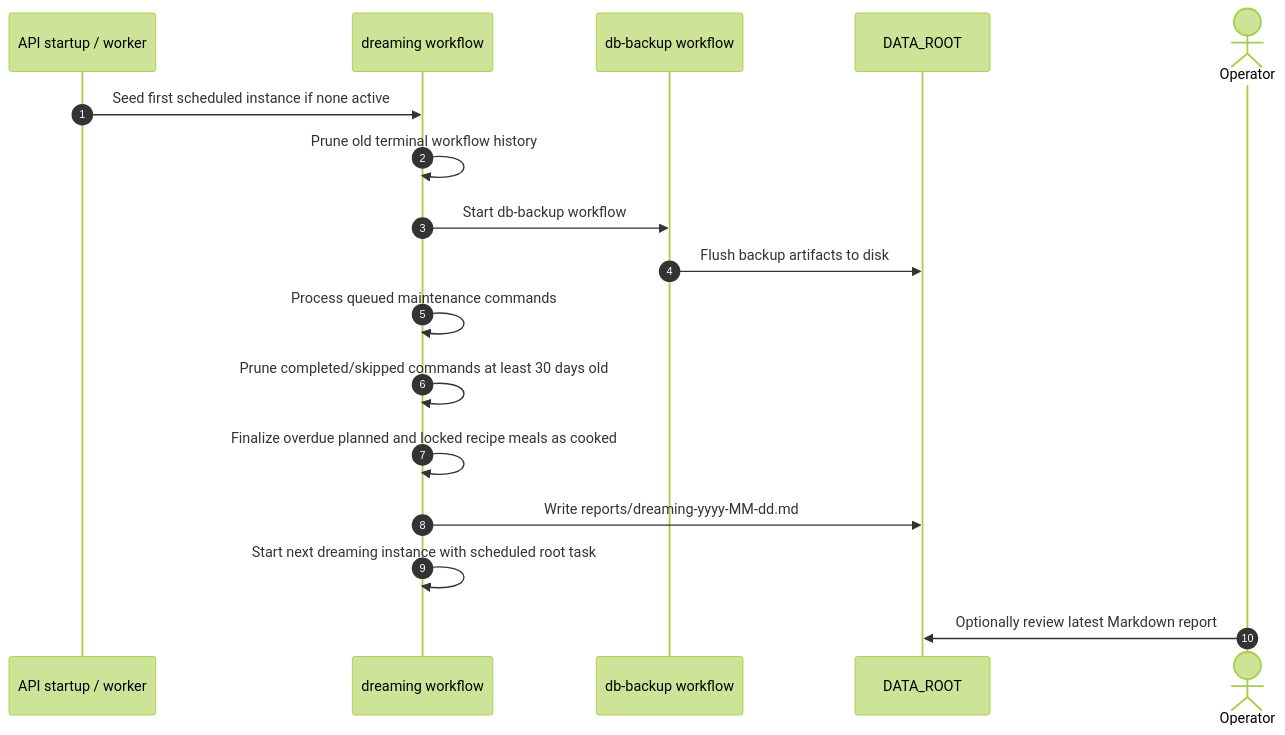
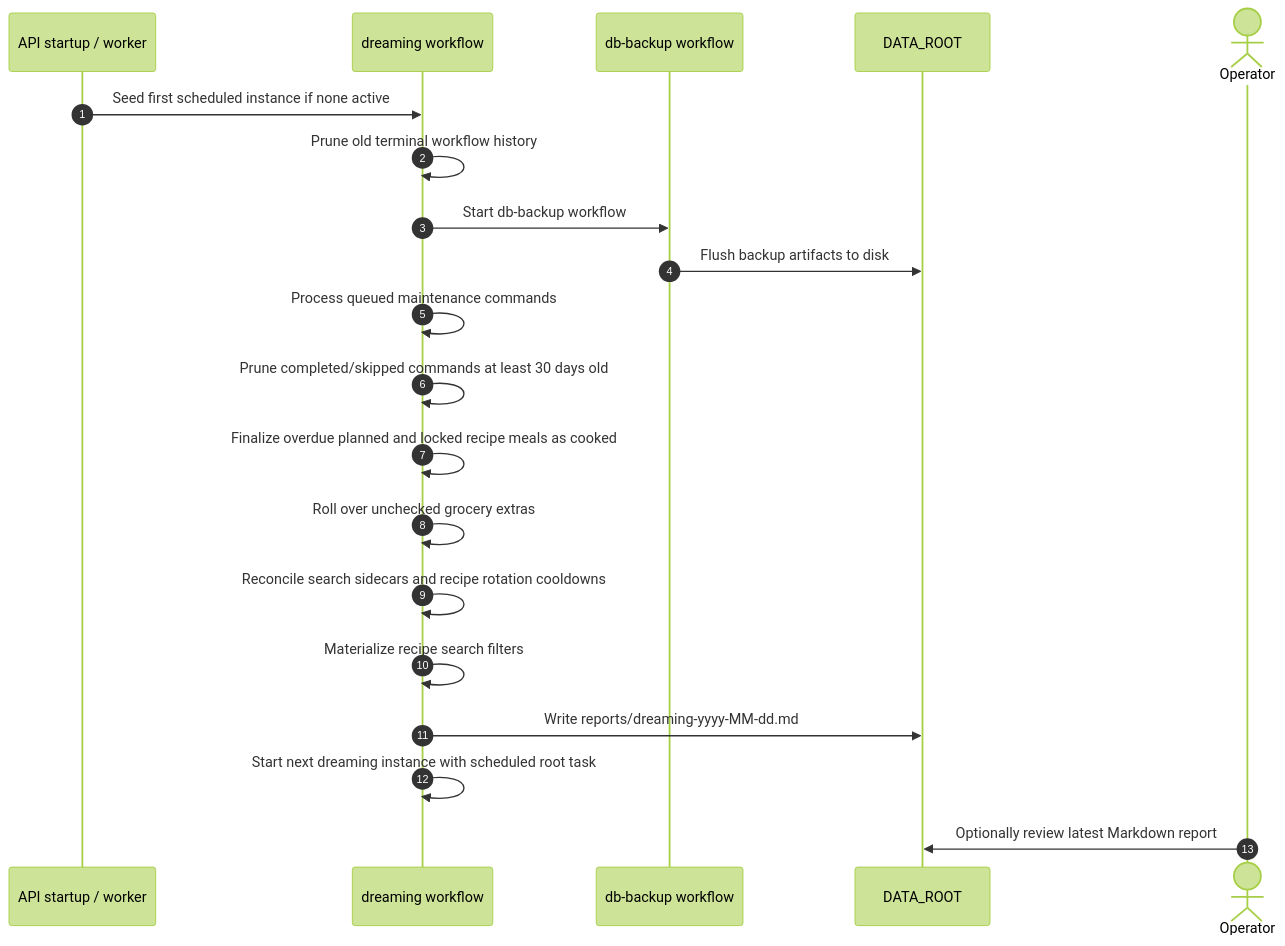
The first of 2 diagrams in docs/flows/user-flows/dreaming-maintenance-operations.md (AlexandreBrisebois/whats-for-supper), drawn with Mermaid (forest theme) before and after one commit. The commit also changed 280 other files, not shown here.

````diff
--- a/docs/flows/user-flows/dreaming-maintenance-operations.md
+++ b/docs/flows/user-flows/dreaming-maintenance-operations.md
@@ -9,20 +9,23 @@
 ```mermaid
 sequenceDiagram
     autonumber
     participant API as API startup / worker
     participant Dreaming as dreaming workflow
     participant Backup as db-backup workflow
     participant DataRoot as DATA_ROOT
     actor Operator
 
     API->>Dreaming: Seed first scheduled instance if none active
     Dreaming->>Dreaming: Prune old terminal workflow history
     Dreaming->>Backup: Start db-backup workflow
     Backup->>DataRoot: Flush backup artifacts to disk
     Dreaming->>Dreaming: Process queued maintenance commands
     Dreaming->>Dreaming: Prune completed/skipped commands at least 30 days old
     Dreaming->>Dreaming: Finalize overdue planned and locked recipe meals as cooked
+    Dreaming->>Dreaming: Roll over unchecked grocery extras
+    Dreaming->>Dreaming: Reconcile search sidecars and recipe rotation cooldowns
+    Dreaming->>Dreaming: Materialize recipe search filters
     Dreaming->>DataRoot: Write reports/dreaming-yyyy-MM-dd.md
     Dreaming->>Dreaming: Start next dreaming instance with scheduled root task
     Operator->>DataRoot: Optionally review latest Markdown report
 ```
````
